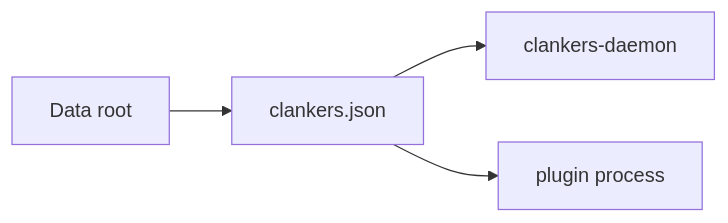
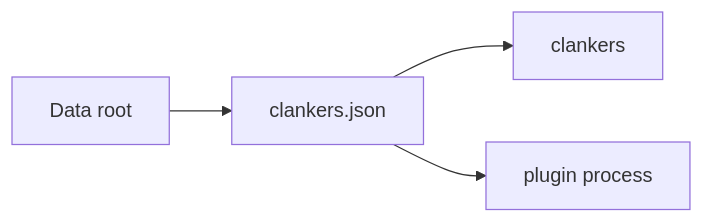
One commit to dxta-dev/clankers changed the diagram in lode/config/overview.md. Above: the diagram before and after it, drawn with Mermaid. The commit also changed 17 other files, not shown here.

````diff
--- a/lode/config/overview.md
+++ b/lode/config/overview.md
@@ -42,6 +42,6 @@
 ```mermaid
 flowchart LR
   Root[Data root] --> Config[clankers.json]
-  Config --> Daemon[clankers-daemon]
+  Config --> Daemon[clankers]
   Config --> Plugin[plugin process]
 ```
````
